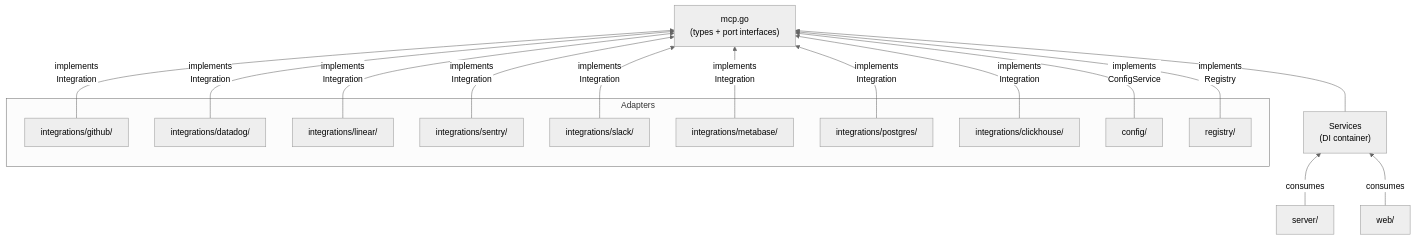
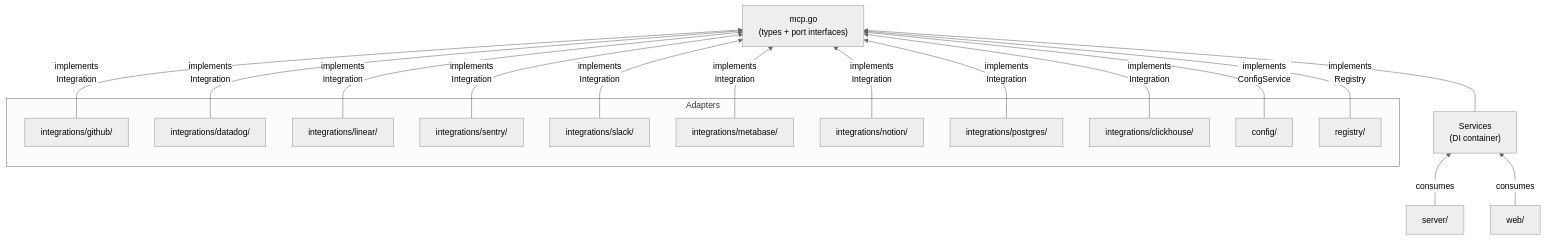
The first of 2 diagrams in AGENTS.md (daltoniam/switchboard), drawn with Mermaid (neutral theme) before and after one commit. The commit also changed other lines of this file and 22 other files, not shown here.

````diff
--- a/AGENTS.md
+++ b/AGENTS.md
@@ -216,18 +228,18 @@
 ```mermaid
 graph BT
     subgraph "Adapters"
         GH["integrations/github/"] & DD["integrations/datadog/"] & LN["integrations/linear/"]
         SN["integrations/sentry/"] & SL["integrations/slack/"] & MB["integrations/metabase/"]
-        PG["integrations/postgres/"] & CH["integrations/clickhouse/"]
+        NT["integrations/notion/"] & PG["integrations/postgres/"] & CH["integrations/clickhouse/"]
         CF["config/"] & RG["registry/"]
     end
 
-    GH & DD & LN & SN & SL & MB & PG & CH -->|implements\nIntegration| Core
+    GH & DD & LN & SN & SL & MB & NT & PG & CH -->|implements\nIntegration| Core
     CF -->|implements\nConfigService| Core
     RG -->|implements\nRegistry| Core
 
     Core["mcp.go\n(types + port interfaces)"]
 
     SRV["server/"] & WEB["web/"] -->|consumes| DI["Services\n(DI container)"]
     DI --> Core
 ```
````
